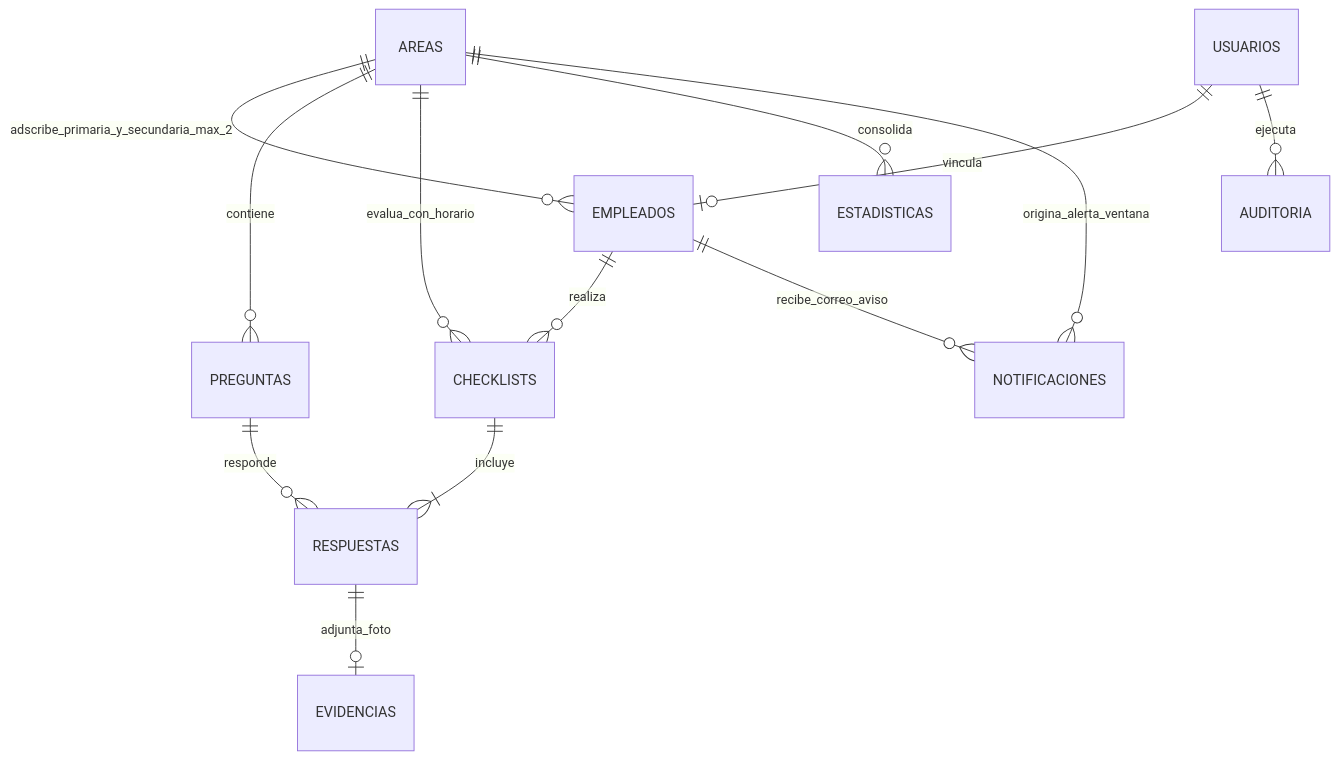
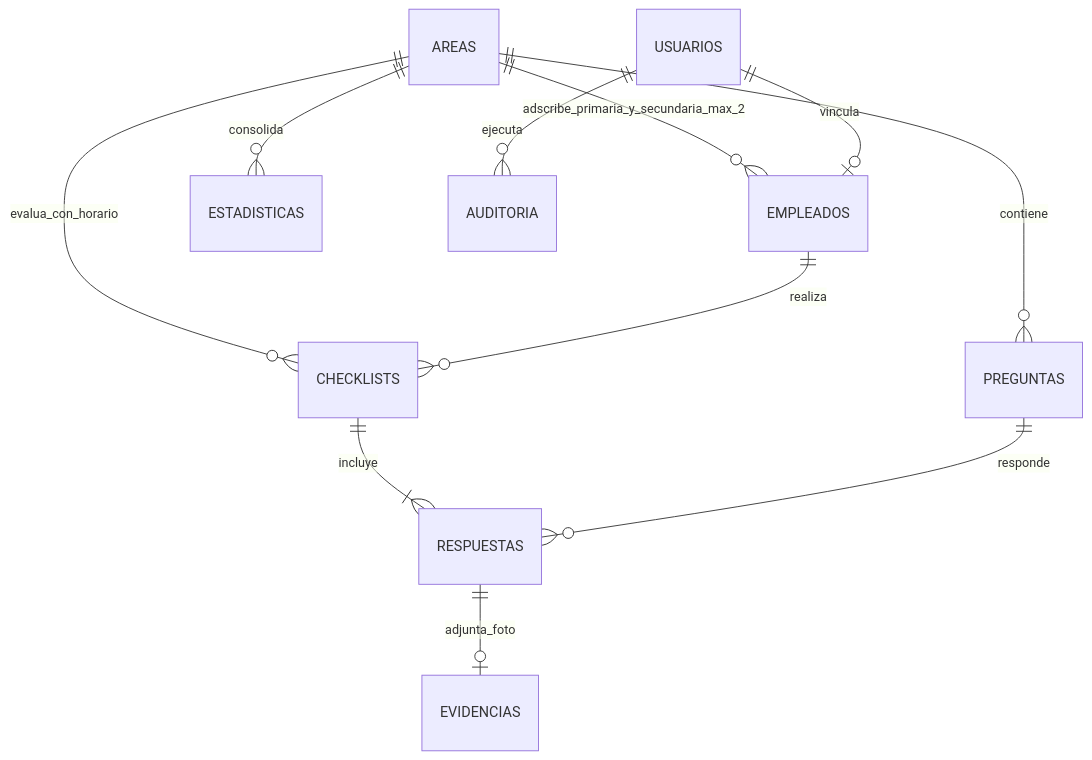
Before and after one commit to alexteori14/CheckList: the second of 3 diagrams in DOCUMENTACION_ARQUITECTURA.md, drawn with Mermaid. The commit also changed other lines of this file and 21 other files, not shown here.

````diff
--- a/DOCUMENTACION_ARQUITECTURA.md
+++ b/DOCUMENTACION_ARQUITECTURA.md
@@ -171,15 +161,13 @@
 ```mermaid
 erDiagram
     AREAS ||--o{ EMPLEADOS : "adscribe_primaria_y_secundaria_max_2"
     AREAS ||--o{ PREGUNTAS : "contiene"
     AREAS ||--o{ CHECKLISTS : "evalua_con_horario"
     AREAS ||--o{ ESTADISTICAS : "consolida"
-    AREAS ||--o{ NOTIFICACIONES : "origina_alerta_ventana"
     USUARIOS ||--o| EMPLEADOS : "vincula"
     USUARIOS ||--o{ AUDITORIA : "ejecuta"
     EMPLEADOS ||--o{ CHECKLISTS : "realiza"
-    EMPLEADOS ||--o{ NOTIFICACIONES : "recibe_correo_aviso"
     CHECKLISTS ||--|{ RESPUESTAS : "incluye"
     PREGUNTAS ||--o{ RESPUESTAS : "responde"
     RESPUESTAS ||--o| EVIDENCIAS : "adjunta_foto"
 ```
````
